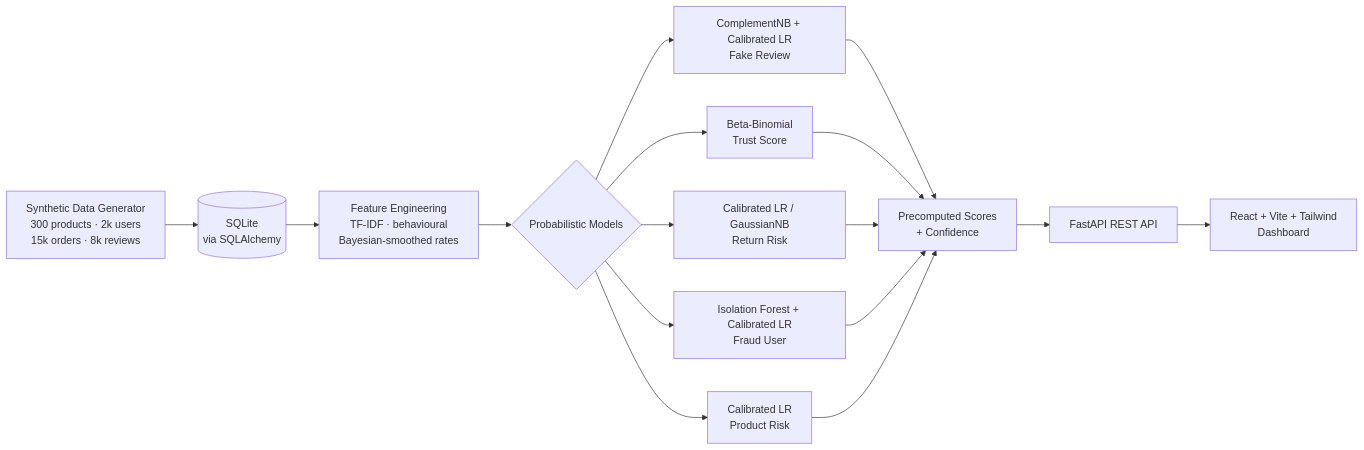
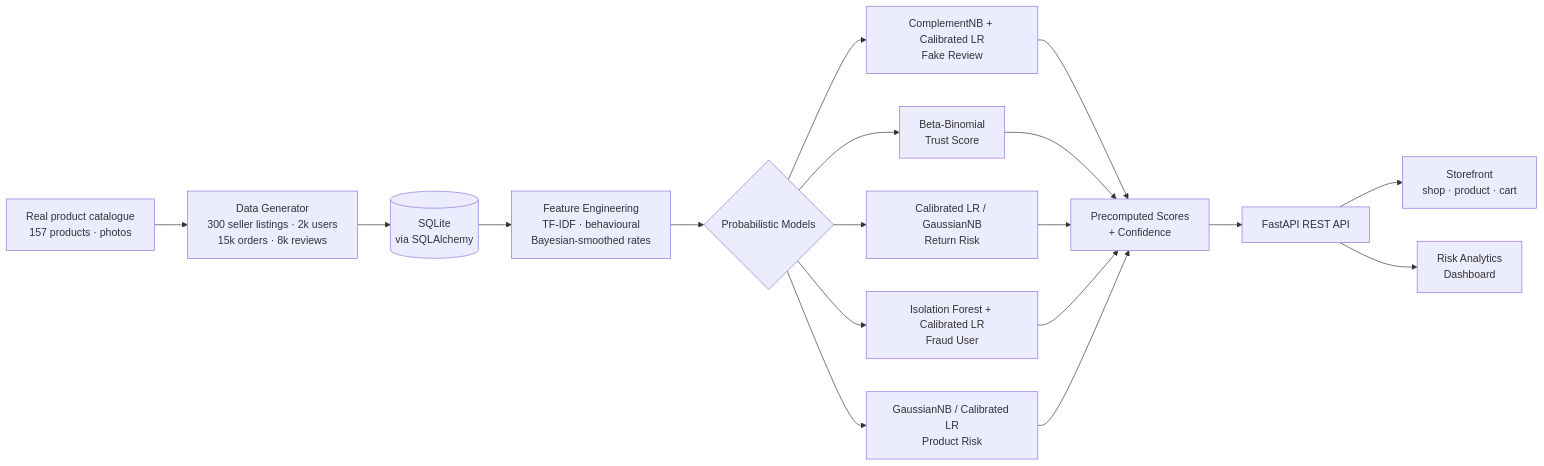
The diagram in README.md (yogeshwardev/FRAUD-Detection-), drawn with Mermaid before and after one commit. The commit also changed other lines of this file and 572 other files, not shown here.

First line of the commit message:
Use a real product catalogue with real photos in the storefront

````diff
--- a/README.md
+++ b/README.md
@@ -26,14 +32,16 @@
 ```mermaid
 flowchart LR
-    A[Synthetic Data Generator<br/>300 products · 2k users<br/>15k orders · 8k reviews] --> B[(SQLite<br/>via SQLAlchemy)]
+    R[Real product catalogue<br/>157 products · photos] --> A
+    A[Data Generator<br/>300 seller listings · 2k users<br/>15k orders · 8k reviews] --> B[(SQLite<br/>via SQLAlchemy)]
     B --> C[Feature Engineering<br/>TF-IDF · behavioural<br/>Bayesian-smoothed rates]
     C --> D{Probabilistic Models}
     D --> D1[ComplementNB + Calibrated LR<br/>Fake Review]
     D --> D2[Beta-Binomial<br/>Trust Score]
     D --> D3[Calibrated LR / GaussianNB<br/>Return Risk]
     D --> D4[Isolation Forest + Calibrated LR<br/>Fraud User]
-    D --> D5[Calibrated LR<br/>Product Risk]
+    D --> D5[GaussianNB / Calibrated LR<br/>Product Risk]
     D1 & D2 & D3 & D4 & D5 --> E[Precomputed Scores<br/>+ Confidence]
     E --> F[FastAPI REST API]
-    F --> G[React + Vite + Tailwind<br/>Dashboard]
+    F --> G[Storefront<br/>shop · product · cart]
+    F --> H[Risk Analytics<br/>Dashboard]
 ```
````
